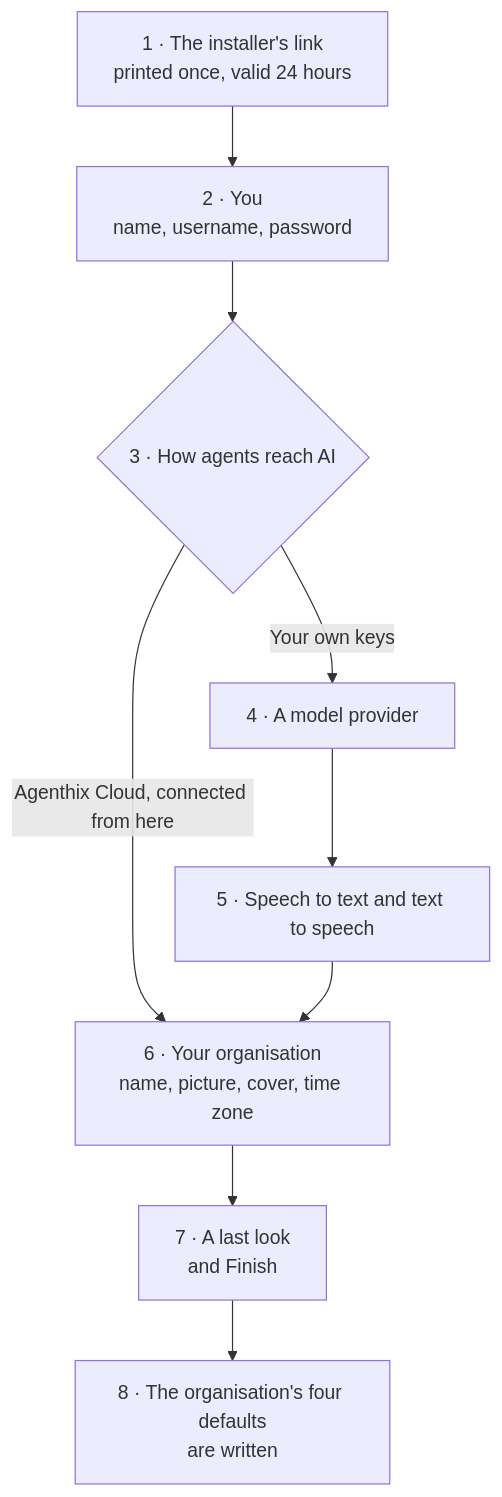
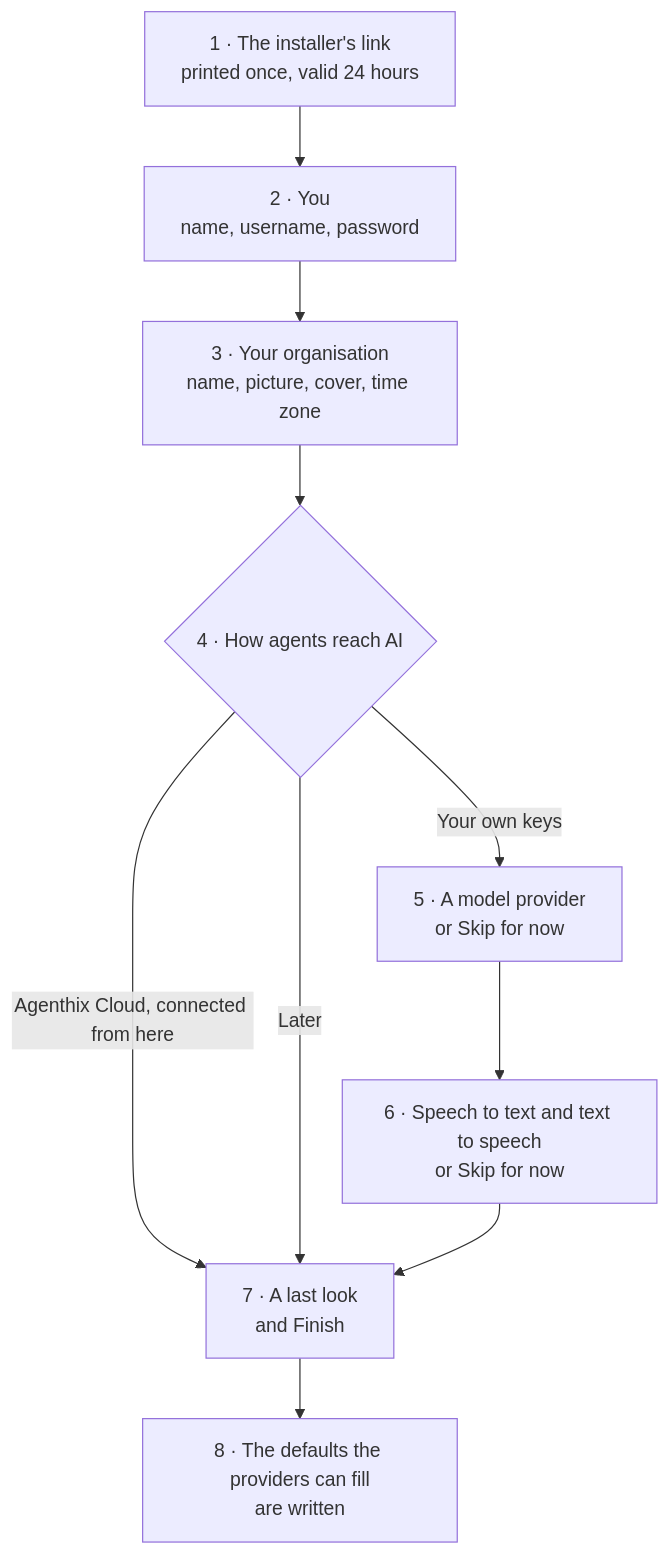
The diagram in docs/concepts/setup/setup-flow.md (solution84-com/agenthix), drawn with Mermaid before and after one commit. The commit also changed other lines of this file and 10 other files, not shown here.

First line of the commit message:
docs(adr,qa): setup defines the organisation first and AI may come later

````diff
--- a/docs/concepts/setup/setup-flow.md
+++ b/docs/concepts/setup/setup-flow.md
@@ -7,11 +7,12 @@
 ```mermaid
 flowchart TD
     L["1 · The installer's link<br/>printed once, valid 24 hours"] --> Y["2 · You<br/>name, username, password"]
-    Y --> C{"3 · How agents reach AI"}
-    C -->|"Agenthix Cloud, connected from here"| ORG
-    C -->|"Your own keys"| M["4 · A model provider"]
-    M --> V["5 · Speech to text and text to speech"]
-    V --> ORG["6 · Your organisation<br/>name, picture, cover, time zone"]
-    ORG --> R["7 · A last look<br/>and Finish"]
-    R --> D["8 · The organisation's four defaults<br/>are written"]
+    Y --> ORG["3 · Your organisation<br/>name, picture, cover, time zone"]
+    ORG --> C{"4 · How agents reach AI"}
+    C -->|"Agenthix Cloud, connected from here"| R
+    C -->|"Later"| R
+    C -->|"Your own keys"| M["5 · A model provider<br/>or Skip for now"]
+    M --> V["6 · Speech to text and text to speech<br/>or Skip for now"]
+    V --> R["7 · A last look<br/>and Finish"]
+    R --> D["8 · The defaults the providers can fill<br/>are written"]
 ```
````
